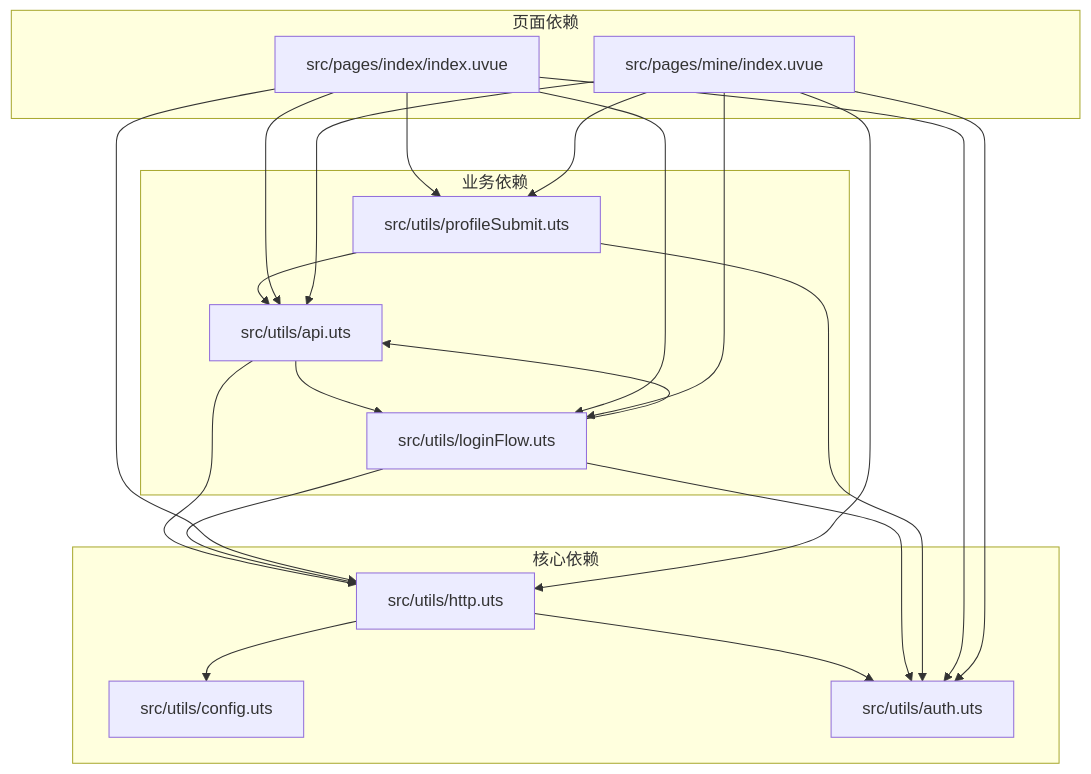
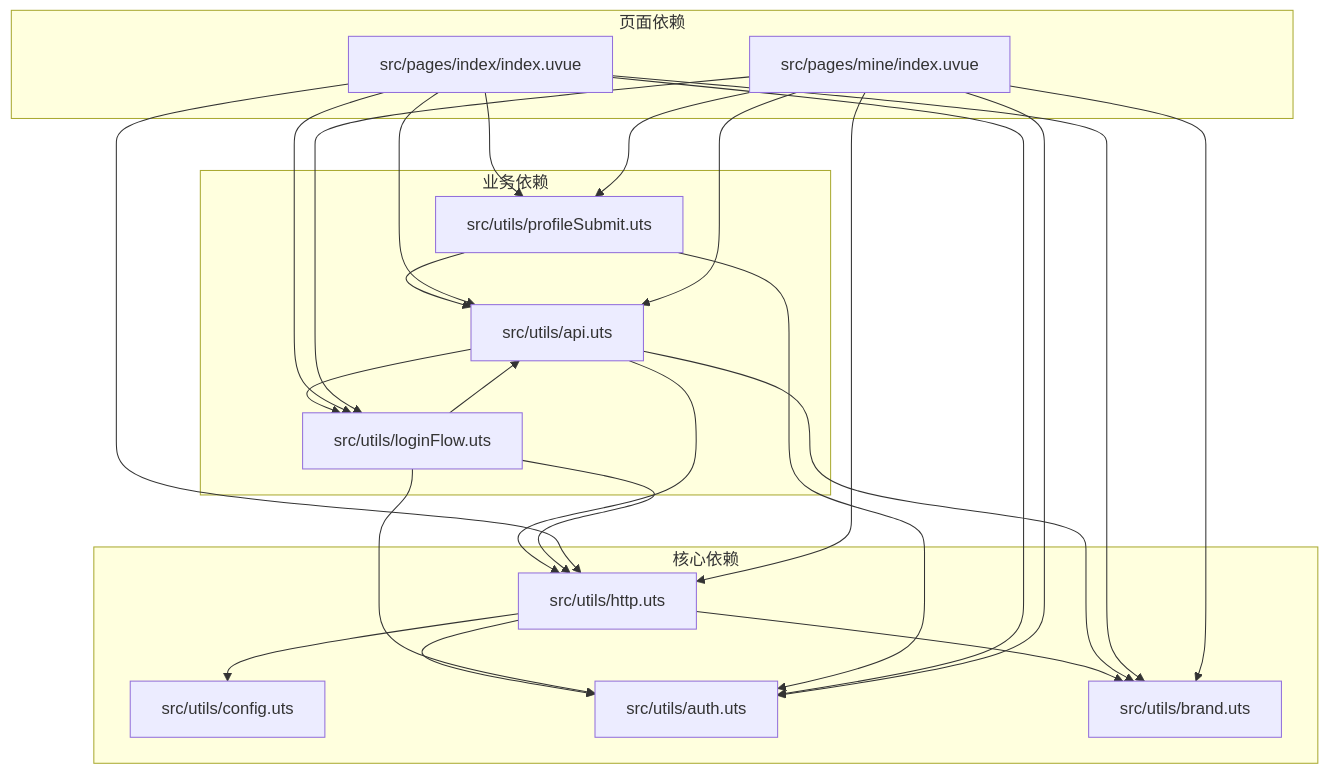
One commit to crazyma99/blueberry changed the ninth of 9 diagrams in .qoder/repowiki/zh/content/工具模块详解/HTTP请求封装器.md. Above: the diagram before and after it, drawn with Mermaid. The commit also changed other lines of this file and 6 other files, not shown here.

````diff
--- a/.qoder/repowiki/zh/content/工具模块详解/HTTP请求封装器.md
+++ b/.qoder/repowiki/zh/content/工具模块详解/HTTP请求封装器.md
@@ -534,36 +642,41 @@
 ```mermaid
 graph TB
 subgraph "核心依赖"
 HTTP[src/utils/http.uts]
 CONFIG[src/utils/config.uts]
 AUTH[src/utils/auth.uts]
+BRAND[src/utils/brand.uts]
 end
 subgraph "业务依赖"
 API[src/utils/api.uts]
 LOGIN[src/utils/loginFlow.uts]
 PROFILE[src/utils/profileSubmit.uts]
 end
 subgraph "页面依赖"
 INDEX[src/pages/index/index.uvue]
 MINE[src/pages/mine/index.uvue]
 end
 HTTP --> CONFIG
 HTTP --> AUTH
+HTTP --> BRAND
 API --> HTTP
 API --> LOGIN
+API --> BRAND
 LOGIN --> API
 LOGIN --> AUTH
 LOGIN --> HTTP
 PROFILE --> API
 PROFILE --> AUTH
 INDEX --> API
 INDEX --> AUTH
 INDEX --> LOGIN
 INDEX --> PROFILE
 INDEX --> HTTP
+INDEX --> BRAND
 MINE --> API
 MINE --> AUTH
 MINE --> LOGIN
 MINE --> PROFILE
 MINE --> HTTP
+MINE --> BRAND
 ```
````
